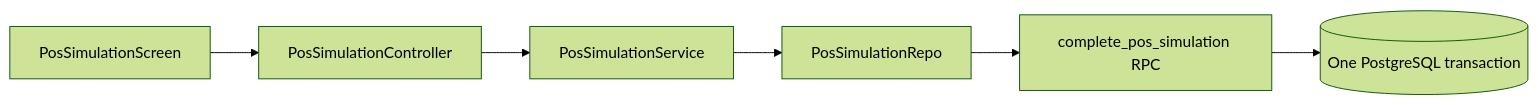
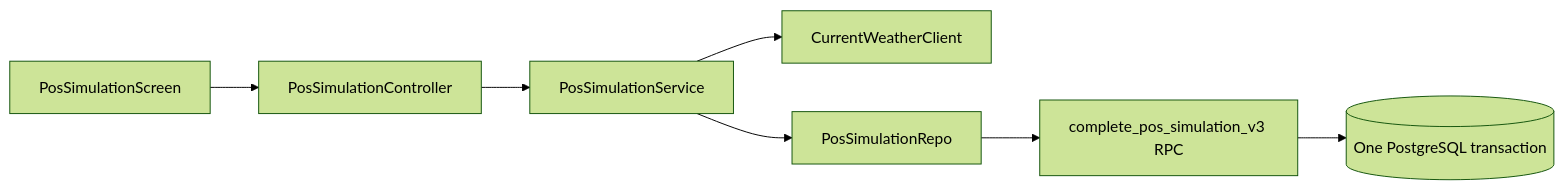
The diagram in Final Year Project/pos_simulation/README.md (KINMINSOO123/fyp), drawn with Mermaid (forest theme) before and after one commit. The commit also changed other lines of this file and 73 other files, not shown here.

````diff
--- a/Final Year Project/pos_simulation/README.md
+++ b/Final Year Project/pos_simulation/README.md
@@ -60,8 +65,9 @@
 ```mermaid
 flowchart LR
   V[PosSimulationScreen] --> C[PosSimulationController]
   C --> S[PosSimulationService]
+  S --> W[CurrentWeatherClient]
   S --> R[PosSimulationRepo]
-  R --> DB[complete_pos_simulation RPC]
+  R --> DB[complete_pos_simulation_v3 RPC]
   DB --> TX[(One PostgreSQL transaction)]
 ```
````
